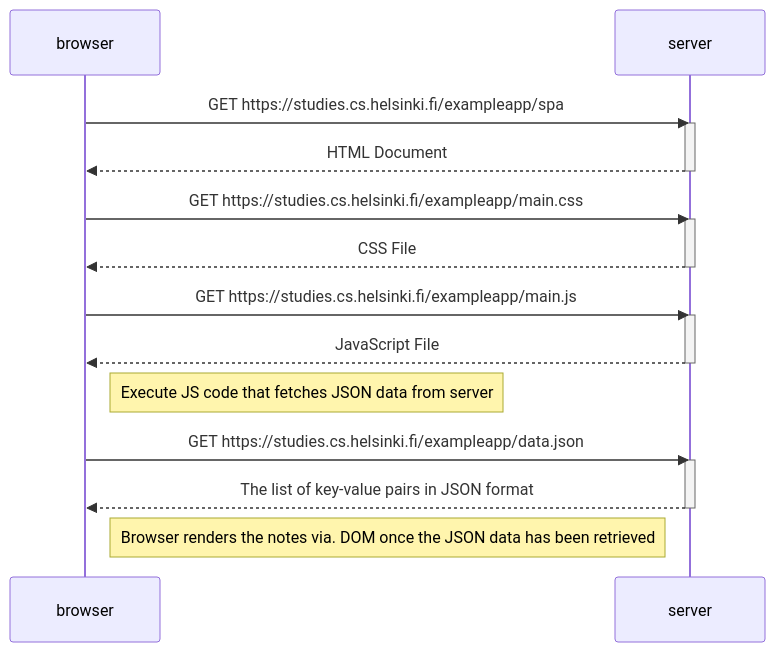
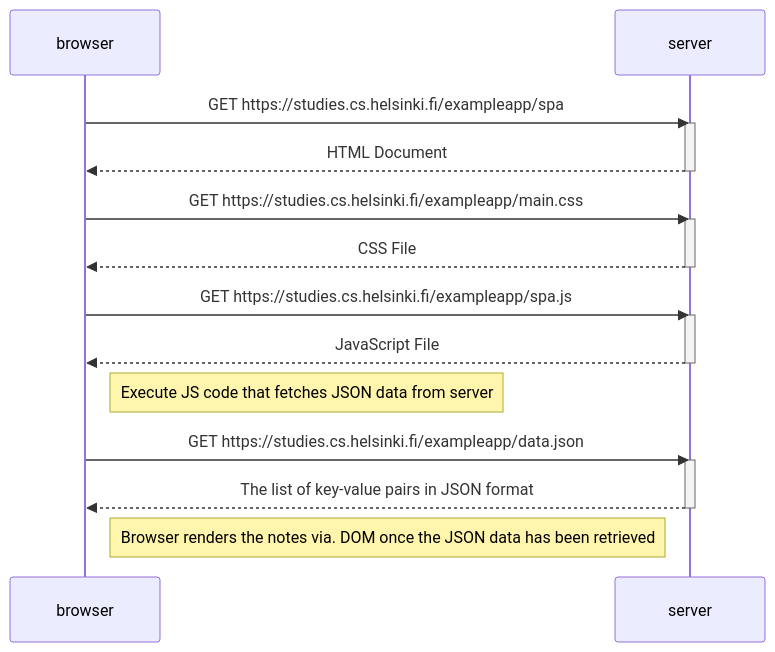
The diagram in exer5.md (iDLEWINK/fso-part0), drawn with Mermaid before and after one commit.

````diff
--- a/exer5.md
+++ b/exer5.md
@@ -1,29 +1,29 @@
 ```mermaid
 sequenceDiagram
     participant browser
     participant server
 
     browser->>server: GET https://studies.cs.helsinki.fi/exampleapp/spa
     activate server
     server-->>browser: HTML Document
     deactivate server
 
     browser->>server: GET https://studies.cs.helsinki.fi/exampleapp/main.css
     activate server
     server-->>browser: CSS File
     deactivate server
 
-    browser->>server: GET https://studies.cs.helsinki.fi/exampleapp/main.js
+    browser->>server: GET https://studies.cs.helsinki.fi/exampleapp/spa.js
     activate server
     server-->>browser: JavaScript File
     deactivate server
 
     Note right of browser: Execute JS code that fetches JSON data from server
 
     browser->>server: GET https://studies.cs.helsinki.fi/exampleapp/data.json
     activate server
     server-->>browser: The list of key-value pairs in JSON format
     deactivate server
 
     Note right of browser: Browser renders the notes via. DOM once the JSON data has been retrieved
 ```
````
